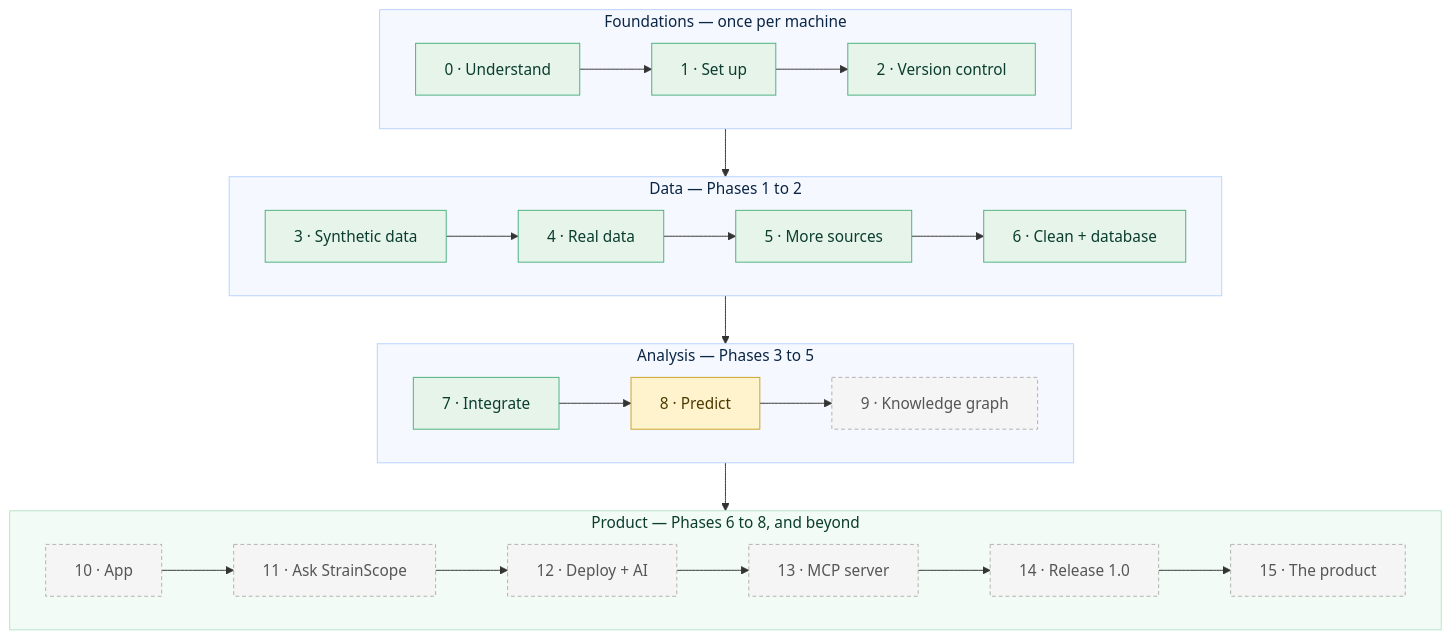
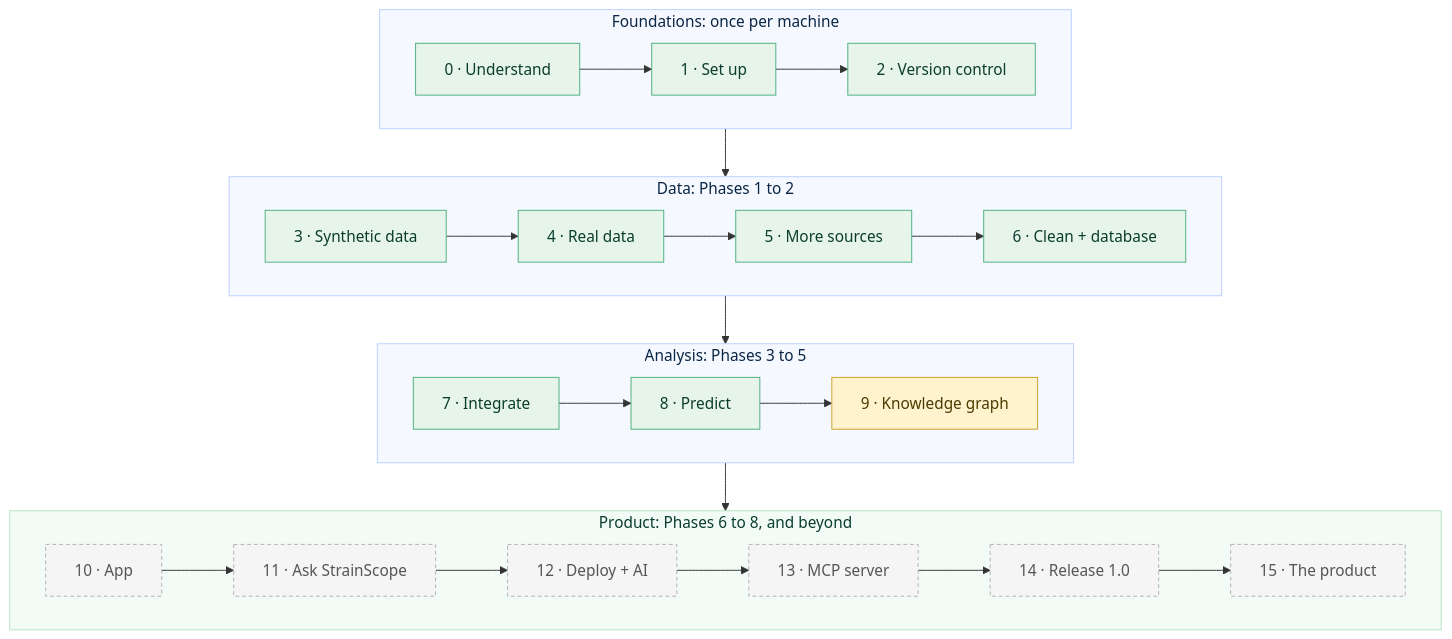
The first of 3 diagrams in docs/HANDBOOK.md (akannan2987/strainscope), drawn with Mermaid before and after one commit. The commit also changed other lines of this file and 103 other files, not shown here.

First line of the commit message:
feat: add leak-proof machine learning with calibration, importance and error analysis

````diff
--- a/docs/HANDBOOK.md
+++ b/docs/HANDBOOK.md
@@ -21,31 +21,31 @@
 ```mermaid
 flowchart TB
-    subgraph FOUND["Foundations — once per machine"]
+    subgraph FOUND["Foundations: once per machine"]
         direction LR
         S0["0 · Understand"] --> S1["1 · Set up"] --> S2["2 · Version control"]
     end
-    subgraph DATA["Data — Phases 1 to 2"]
+    subgraph DATA["Data: Phases 1 to 2"]
         direction LR
         S3["3 · Synthetic data"] --> S4["4 · Real data"] --> S5["5 · More sources"] --> S6["6 · Clean + database"]
     end
-    subgraph ANALYSIS["Analysis — Phases 3 to 5"]
+    subgraph ANALYSIS["Analysis: Phases 3 to 5"]
         direction LR
         S7["7 · Integrate"] --> S8["8 · Predict"] --> S9["9 · Knowledge graph"]
     end
-    subgraph PRODUCT["Product — Phases 6 to 8, and beyond"]
+    subgraph PRODUCT["Product: Phases 6 to 8, and beyond"]
         direction LR
         S10["10 · App"] --> S11["11 · Ask StrainScope"] --> S12["12 · Deploy + AI"] --> S13["13 · MCP server"] --> S14["14 · Release 1.0"] --> S15["15 · The product"]
     end
     FOUND --> DATA --> ANALYSIS --> PRODUCT
 
     classDef done fill:#E6F4EA,stroke:#4CAF7D,color:#0B3D2E;
     classDef next fill:#FFF3CD,stroke:#C9A227,color:#4A3B00;
     classDef later fill:#F5F5F5,stroke:#B0B0B0,color:#555555,stroke-dasharray:4 3;
-    class S0,S1,S2,S3,S4,S5,S6,S7 done
-    class S8 next
-    class S9,S10,S11,S12,S13,S14,S15 later
+    class S0,S1,S2,S3,S4,S5,S6,S7,S8 done
+    class S9 next
+    class S10,S11,S12,S13,S14,S15 later
     style FOUND fill:#F5F9FF,stroke:#B9D2FF,color:#0B2545
     style DATA fill:#F5F9FF,stroke:#B9D2FF,color:#0B2545
     style ANALYSIS fill:#F5F9FF,stroke:#B9D2FF,color:#0B2545
     style PRODUCT fill:#F2FBF5,stroke:#B7E4C7,color:#0B3D2E
 ```
````
